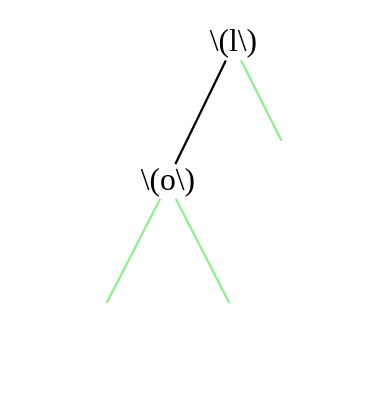
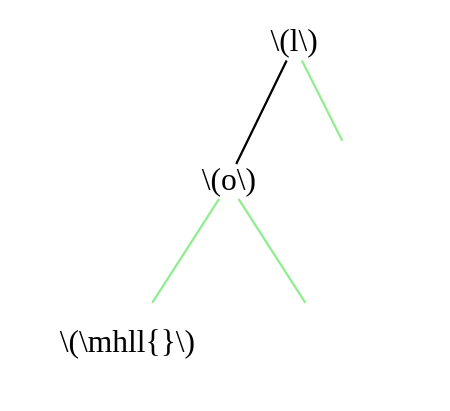
Before and after one commit to Larhard/Combinatorial-interpretations-of-holonomic-recurrences: the diagram in article/images_src/lambda/trees_111/1_base.dot, drawn with Graphviz. The commit also changed 111 other files, not shown here.

```diff
--- a/article/images_src/lambda/trees_111/1_base.dot
+++ b/article/images_src/lambda/trees_111/1_base.dot
@@ -1,12 +1,12 @@
 graph {
 	size="4,4"
 	0 [label="\\(l\\)" shape=plain]
 	1 [label="\\(o\\)" shape=plain]
 	0 -- 1
-	2 [label="" shape=none]
+	2 [label="\\(\\mhll{}\\)" shape=none]
 	1 -- 2 [color=lightgreen]
 	3 [label="" shape=none]
 	1 -- 3 [color=lightgreen]
 	4 [label="" shape=none]
 	0 -- 4 [color=lightgreen]
 }
```
